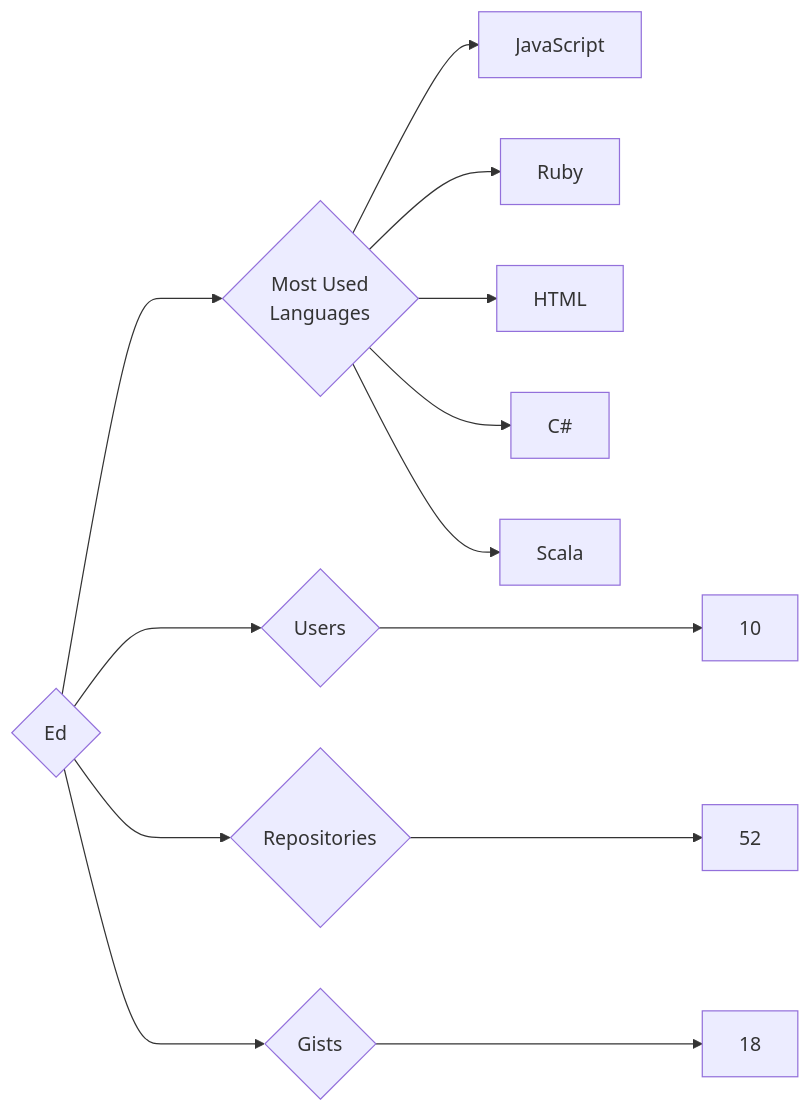
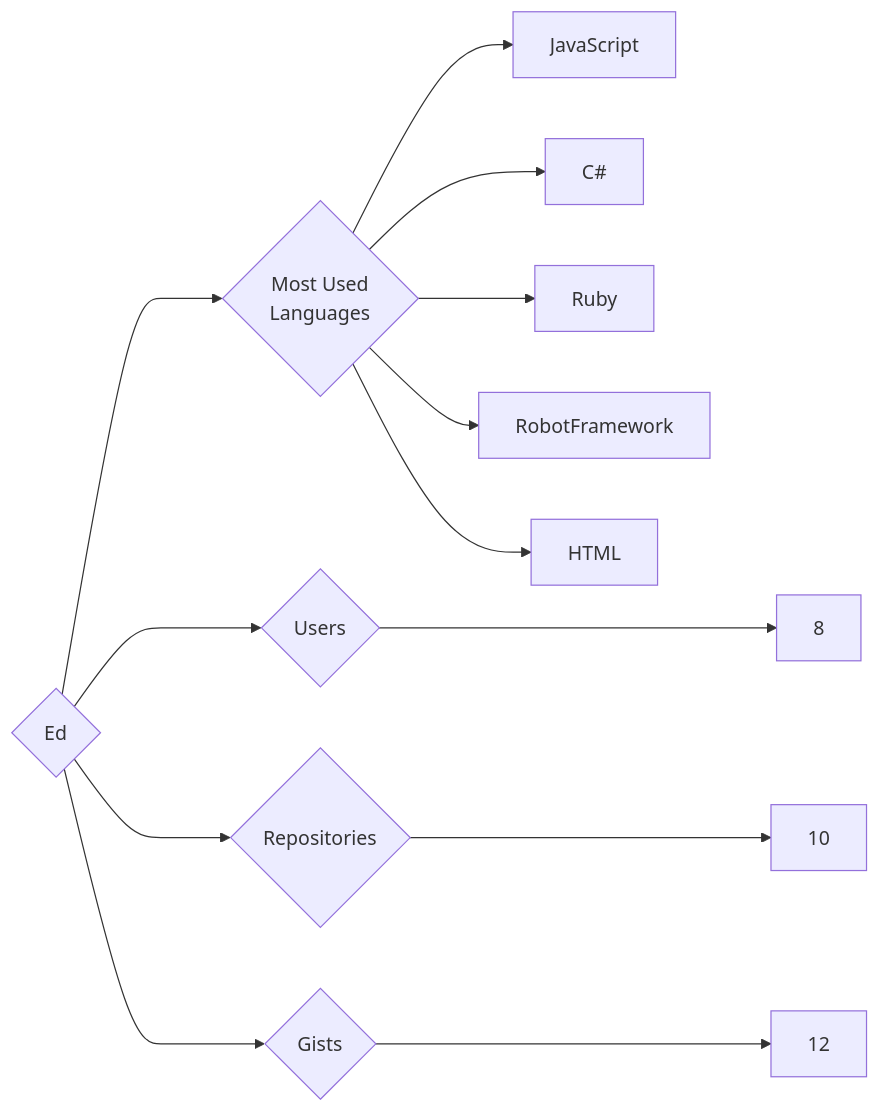
One commit to trickest/insiders changed the diagram in targets/Ed/README.md. Above: the diagram before and after it, drawn with Mermaid. The commit also changed 988 other files, not shown here.

````diff
--- a/targets/Ed/README.md
+++ b/targets/Ed/README.md
@@ -3,13 +3,13 @@
 ```mermaid
 graph LR
 COMPANY_NAME{Ed}
-COMPANY_NAME ---> U{Users} ---> UN[10]
-COMPANY_NAME ---> R{Repositories} ---> RN[52]
-COMPANY_NAME ---> G{Gists} ---> GN[18]
+COMPANY_NAME ---> U{Users} ---> UN[8]
+COMPANY_NAME ---> R{Repositories} ---> RN[10]
+COMPANY_NAME ---> G{Gists} ---> GN[12]
 COMPANY_NAME ---> ML{Most Used<br>Languages}
 ML --> JavaScript[JavaScript]
+ML --> C#[C#]
 ML --> Ruby[Ruby]
+ML --> RobotFramework[RobotFramework]
 ML --> HTML[HTML]
-ML --> C#[C#]
-ML --> Scala[Scala]
 ```
````
